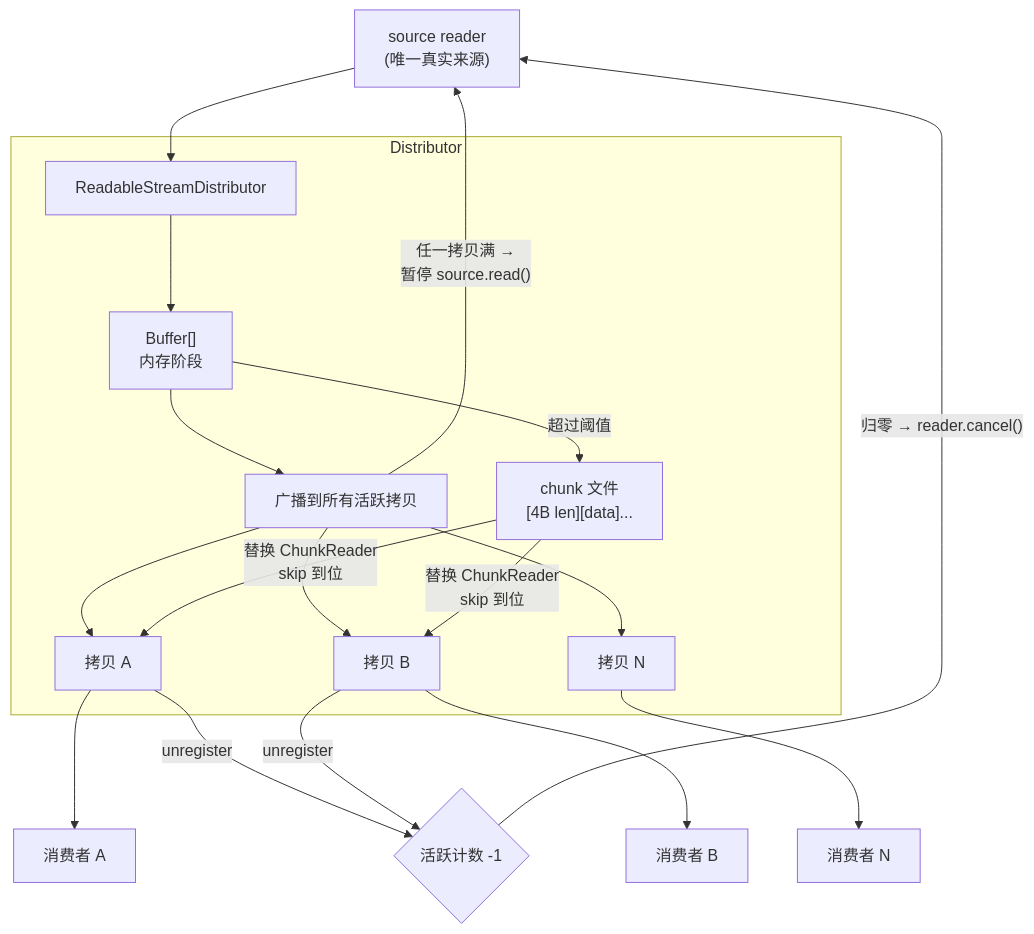
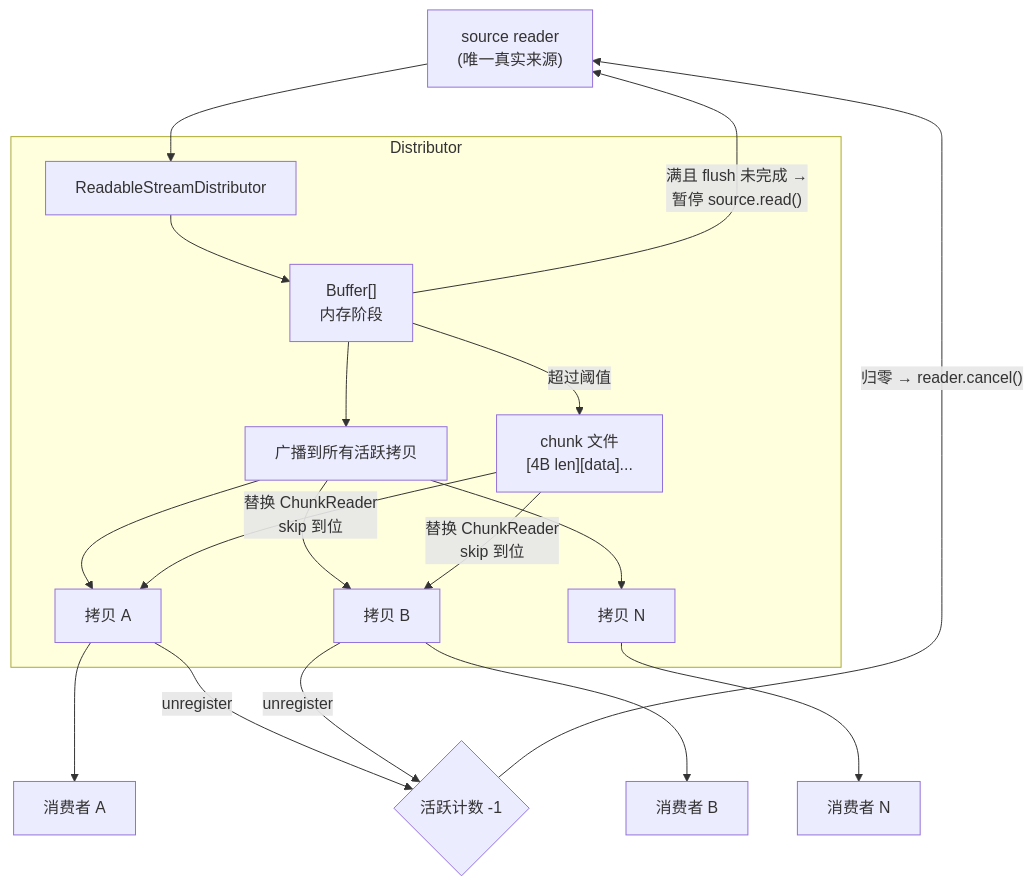
One commit to produck/node-readable-stream-distributor changed the first of 4 diagrams in DESIGN.md. Above: the diagram before and after it, drawn with Mermaid. The commit also changed other lines of this file, not shown here.

````diff
--- a/DESIGN.md
+++ b/DESIGN.md
@@ -51,25 +75,25 @@
 ```mermaid
 graph TD
     SOURCE["source reader<br/>(唯一真实来源)"] --> DIST[ReadableStreamDistributor]
 
     subgraph Distributor
         DIST --> BUFFER["Buffer[]<br/>内存阶段"]
         BUFFER --> BROADCAST["广播到所有活跃拷贝"]
         BROADCAST --> COPY_A["拷贝 A"]
         BROADCAST --> COPY_B["拷贝 B"]
         BROADCAST --> COPY_N["拷贝 N"]
 
         BUFFER -- "超过阈值" --> FILE["chunk 文件<br/>[4B len][data]..."]
         FILE -- "替换 ChunkReader<br/>skip 到位" --> COPY_A
         FILE -- "替换 ChunkReader<br/>skip 到位" --> COPY_B
     end
 
     COPY_A --> CONSUMER_A["消费者 A"]
     COPY_B --> CONSUMER_B["消费者 B"]
     COPY_N --> CONSUMER_N["消费者 N"]
 
-    BROADCAST -- "任一拷贝满 →<br/>暂停 source.read()" --> SOURCE
+    BUFFER -- "满且 flush 未完成 →<br/>暂停 source.read()" --> SOURCE
     COPY_A -- "unregister" --> COUNTER{"活跃计数 -1"}
     COPY_B -- "unregister" --> COUNTER
     COUNTER -- "归零 → reader.cancel()" --> SOURCE
 ```
````
